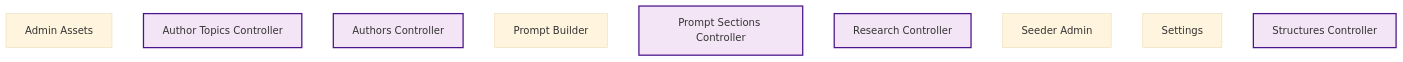
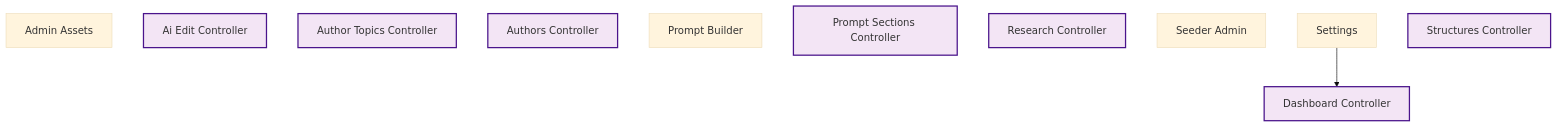
The sixth of 10 diagrams in docs/feature-report.md (rpnunez/wp-ai-scheduler), drawn with Mermaid (base theme) before and after one commit. The commit also changed other lines of this file and 3 other files, not shown here.

````diff
--- a/docs/feature-report.md
+++ b/docs/feature-report.md
@@ -255,20 +263,23 @@
 ```mermaid
 flowchart TD
     %% User Interface Architecture
 
     Admin_Assets["Admin Assets"]
+    AI_Edit_Controller["Ai Edit Controller"]
     Author_Topics_Controller["Author Topics Controller"]
     Authors_Controller["Authors Controller"]
+    Dashboard_Controller["Dashboard Controller"]
     Prompt_Builder["Prompt Builder"]
     Prompt_Sections_Controller["Prompt Sections Controller"]
     Research_Controller["Research Controller"]
     Seeder_Admin["Seeder Admin"]
     Settings["Settings"]
     Structures_Controller["Structures Controller"]
 
+    Settings --> Dashboard_Controller
 
     classDef repository fill:#e1f5ff,stroke:#01579b,stroke-width:2px
     classDef service fill:#fff3e0,stroke:#e65100,stroke-width:2px
     classDef controller fill:#f3e5f5,stroke:#4a148c,stroke-width:2px
-    class Author_Topics_Controller,Authors_Controller,Prompt_Sections_Controller,Research_Controller,Structures_Controller controller
+    class AI_Edit_Controller,Author_Topics_Controller,Authors_Controller,Dashboard_Controller,Prompt_Sections_Controller,Research_Controller,Structures_Controller controller
 ```
````
